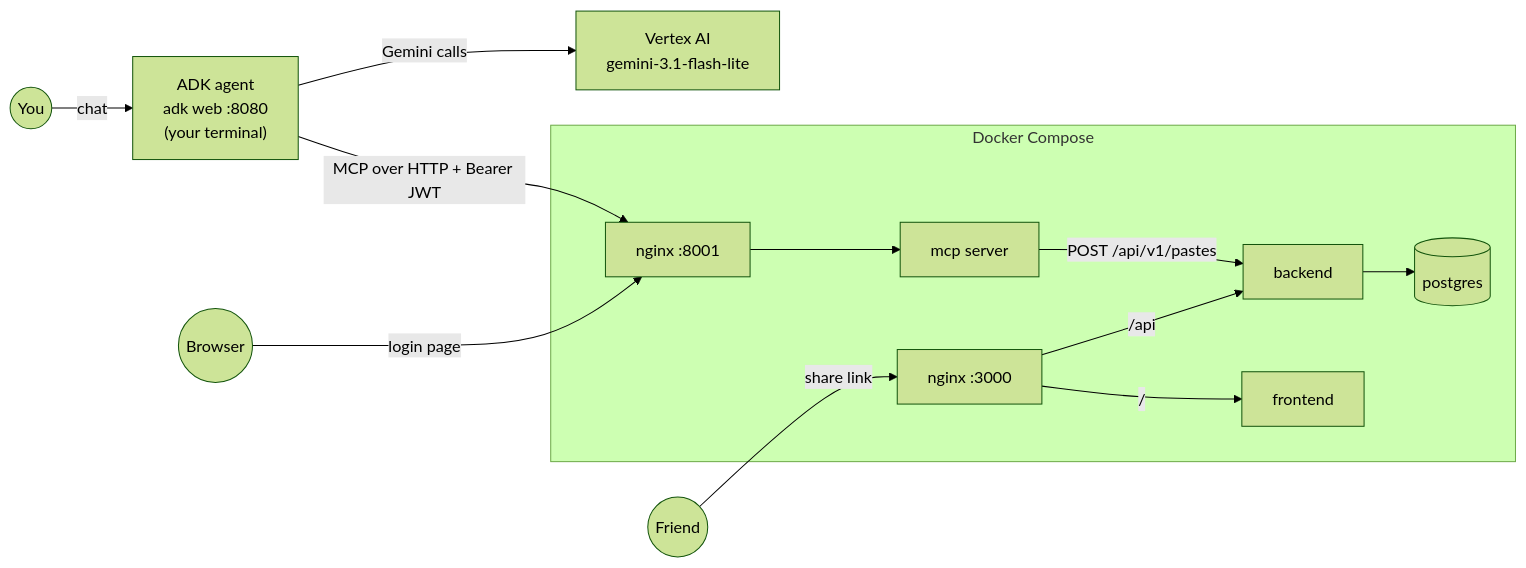
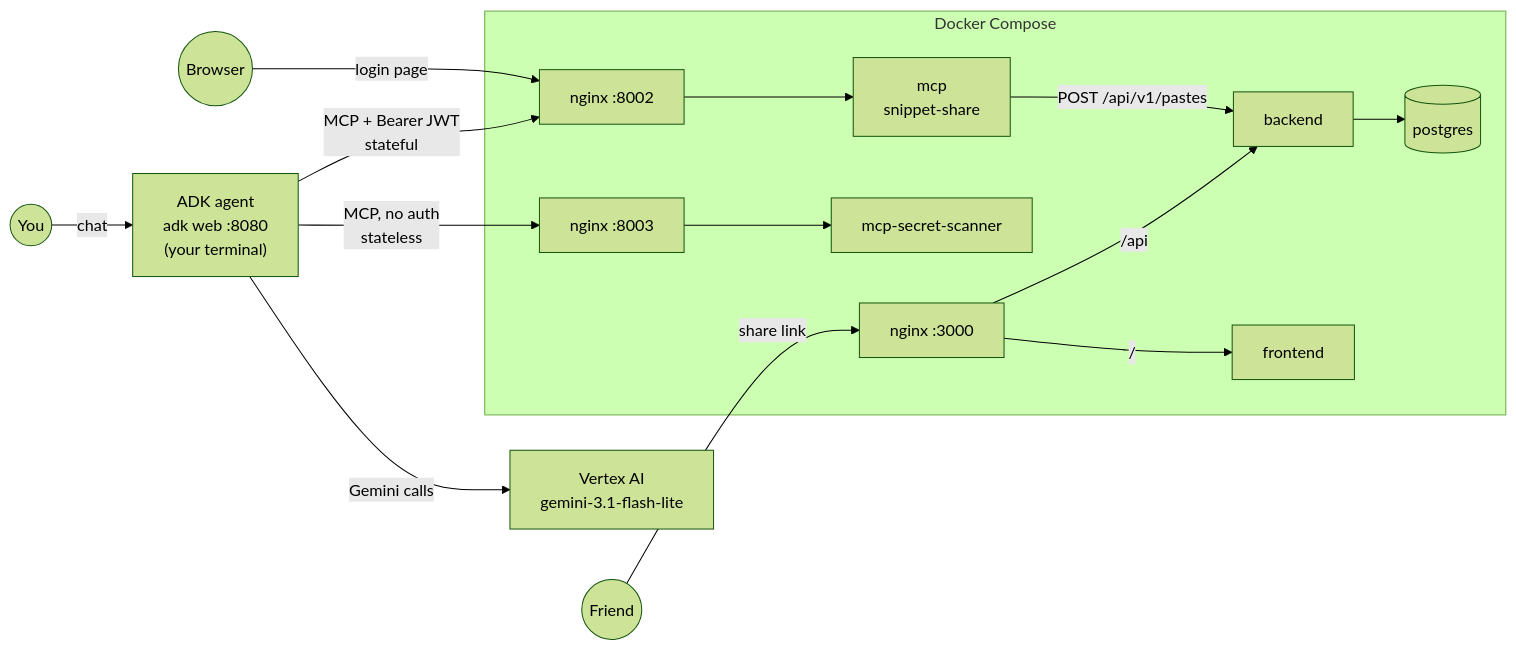
One commit to devinthoughtminds/snippet-share changed the first of 3 diagrams in test-agent/TESTING.md. Above: the diagram before and after it, drawn with Mermaid (forest theme). The commit also changed other lines of this file and 15 other files, not shown here.

Commit message:
feat: add mcp-secret-scanner service for detecting and redacting secrets in text

````diff
--- a/test-agent/TESTING.md
+++ b/test-agent/TESTING.md
@@ -9,17 +16,19 @@
 ```mermaid
 flowchart LR
     You((You)) -->|chat| ADK["ADK agent<br/>adk web :8080<br/>(your terminal)"]
     ADK -->|Gemini calls| Vertex[Vertex AI<br/>gemini-3.1-flash-lite]
-    ADK -->|MCP over HTTP + Bearer JWT| N8001
+    ADK -->|MCP + Bearer JWT<br/>stateful| N8002
+    ADK -->|MCP, no auth<br/>stateless| N8003
 
     subgraph Docker Compose
-        N8001[nginx :8001] --> MCP[mcp server]
+        N8002[nginx :8002] --> MCP[mcp<br/>snippet-share]
+        N8003[nginx :8003] --> SCAN[mcp-secret-scanner]
         N3000[nginx :3000] -->|/api| API[backend]
         N3000 -->|/| FE[frontend]
         MCP -->|POST /api/v1/pastes| API
         API --> DB[(postgres)]
     end
 
-    Browser((Browser)) -->|login page| N8001
+    Browser((Browser)) -->|login page| N8002
     Friend((Friend)) -->|share link| N3000
 ```
````
